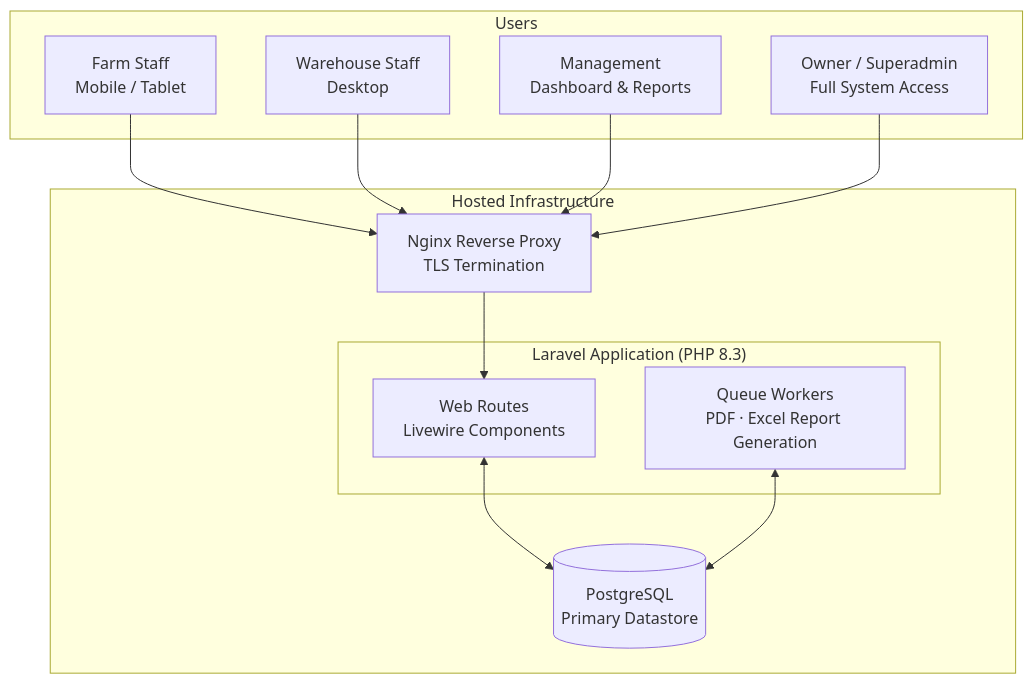
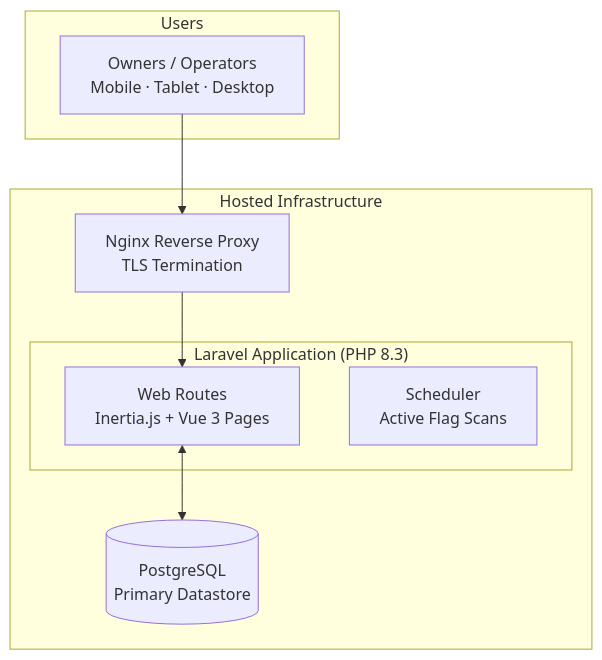
Before and after one commit to Antonyo27/My-Projects: the first of 5 diagrams in projects/Corporate Egg Production and Delivery Business/architecture/architecture.md, drawn with Mermaid. The commit also changed other lines of this file and 27 other files, not shown here.

Commit message:
Update Corporate Egg Production portfolio to Laravel 13 + Inertia + Vue 3 stack and regenerate sanitized screenshots

````diff
--- a/projects/Corporate Egg Production and Delivery Business/architecture/architecture.md
+++ b/projects/Corporate Egg Production and Delivery Business/architecture/architecture.md
@@ -13,25 +13,21 @@
 ```mermaid
 graph TB
     subgraph Users
-        FARM[Farm Staff<br/>Mobile / Tablet]
-        WH[Warehouse Staff<br/>Desktop]
-        MGR[Management<br/>Dashboard & Reports]
-        OWNER[Owner / Superadmin<br/>Full System Access]
+        OWNER[Owners / Operators<br/>Mobile · Tablet · Desktop]
     end
 
     subgraph Infra["Hosted Infrastructure"]
         NGINX[Nginx Reverse Proxy<br/>TLS Termination]
 
         subgraph App["Laravel Application (PHP 8.3)"]
-            WEB[Web Routes<br/>Livewire Components]
-            Q[Queue Workers<br/>PDF · Excel Report Generation]
+            WEB[Web Routes<br/>Inertia.js + Vue 3 Pages]
+            SCHED[Scheduler<br/>Active Flag Scans]
         end
 
         DB[(PostgreSQL<br/>Primary Datastore)]
     end
 
-    FARM & WH & MGR & OWNER --> NGINX
+    OWNER --> NGINX
     NGINX --> WEB
     WEB <--> DB
-    Q <--> DB
 ```
````
